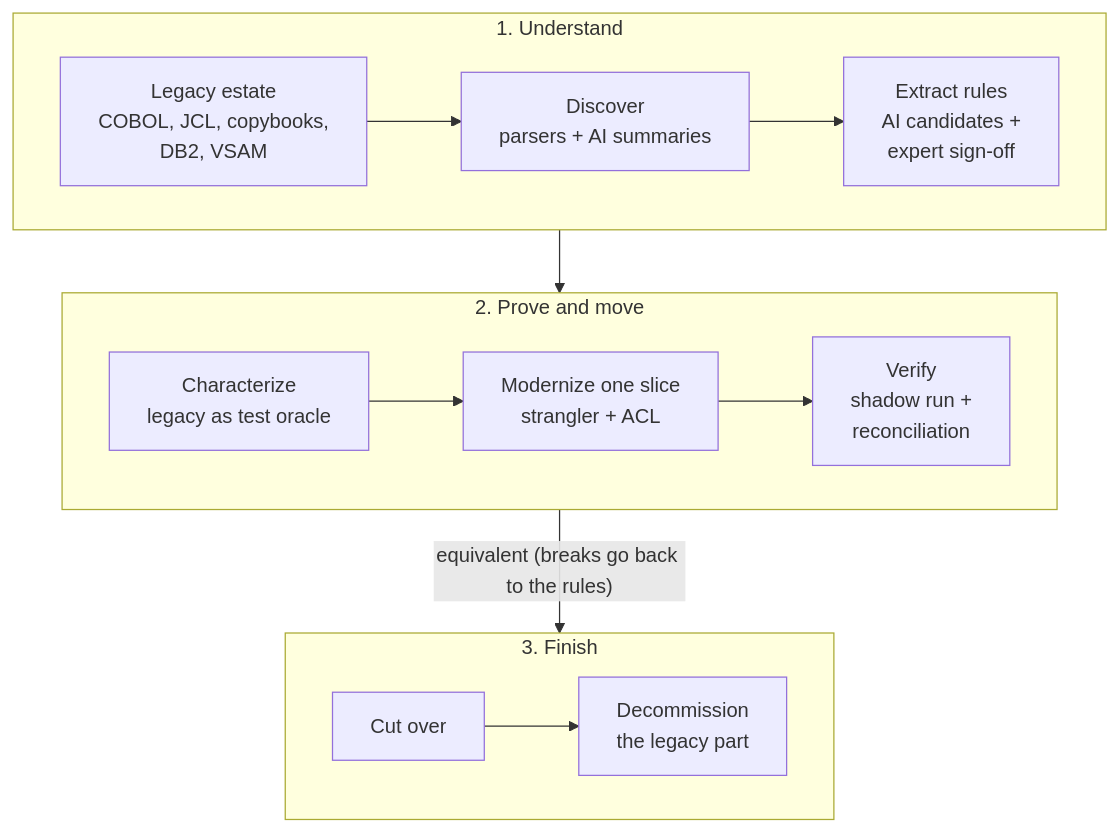
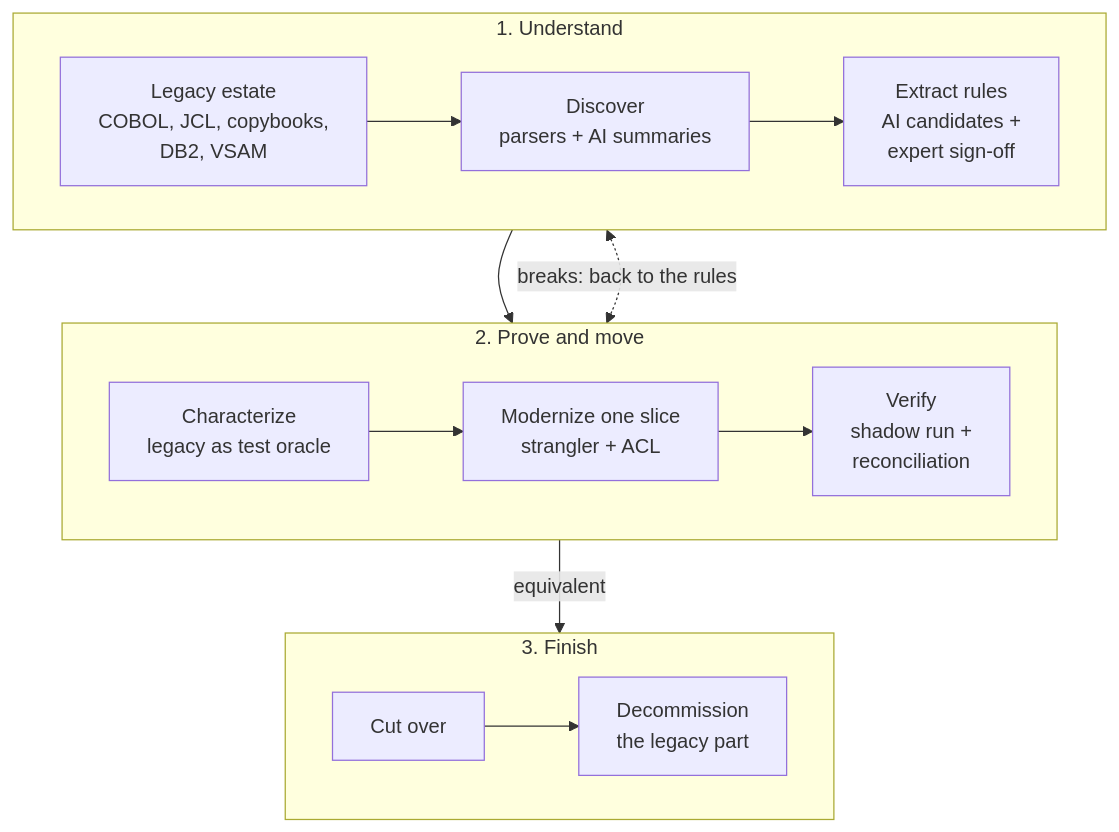
Before and after one commit to wallaceespindola/banking-modernization-with-ai: the diagram in docs/presentations/diagrams/modernization-loop.mmd, drawn with Mermaid. The commit also changed 34 other files, not shown here.

First line of the commit message:
Apply series review fixes across articles, diagrams and deck

```diff
--- a/docs/presentations/diagrams/modernization-loop.mmd
+++ b/docs/presentations/diagrams/modernization-loop.mmd
@@ -1,15 +1,16 @@
 flowchart TB
     subgraph UNDERSTAND["1. Understand"]
         direction LR
         L["Legacy estate<br/>COBOL, JCL, copybooks,<br/>DB2, VSAM"] --> D["Discover<br/>parsers + AI summaries"] --> R["Extract rules<br/>AI candidates +<br/>expert sign-off"]
     end
     subgraph PROVE["2. Prove and move"]
         direction LR
         T["Characterize<br/>legacy as test oracle"] --> M["Modernize one slice<br/>strangler + ACL"] --> V["Verify<br/>shadow run +<br/>reconciliation"]
     end
     subgraph DONE["3. Finish"]
         direction LR
         C["Cut over"] --> X["Decommission<br/>the legacy part"]
     end
     UNDERSTAND --> PROVE
-    PROVE -->|"equivalent (breaks go back to the rules)"| DONE
+    UNDERSTAND <-.->|"breaks: back to the rules"| PROVE
+    PROVE -->|equivalent| DONE
```
